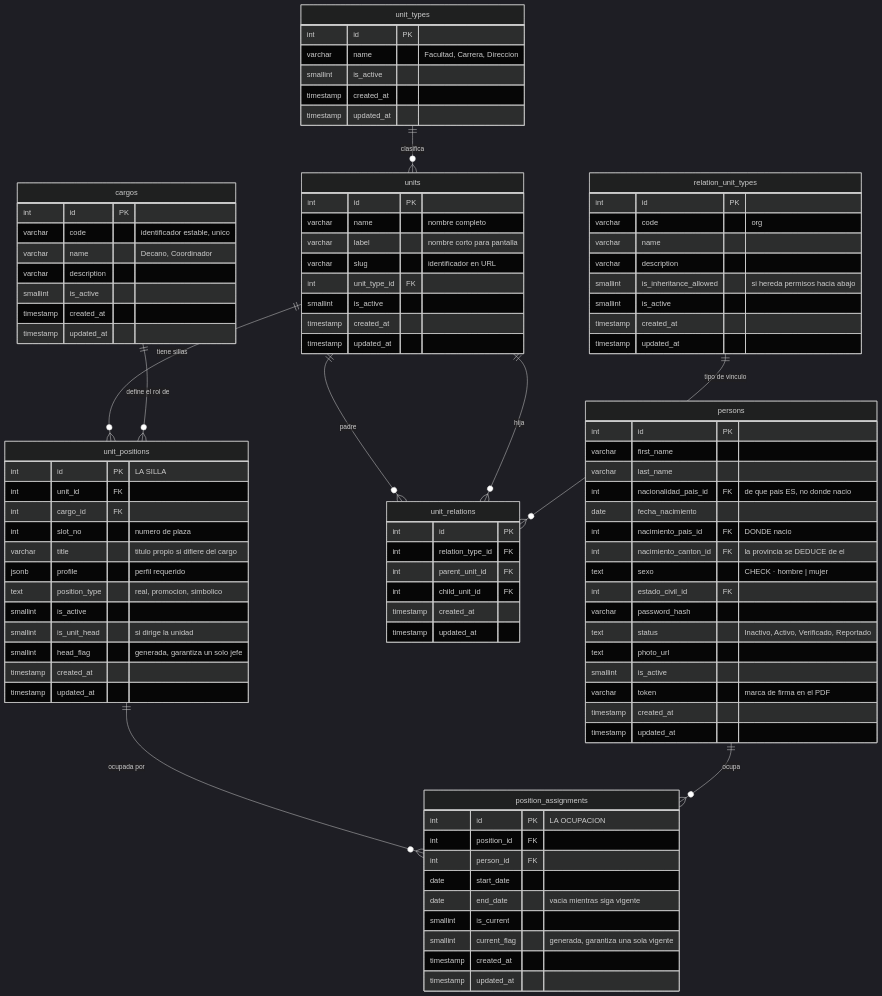
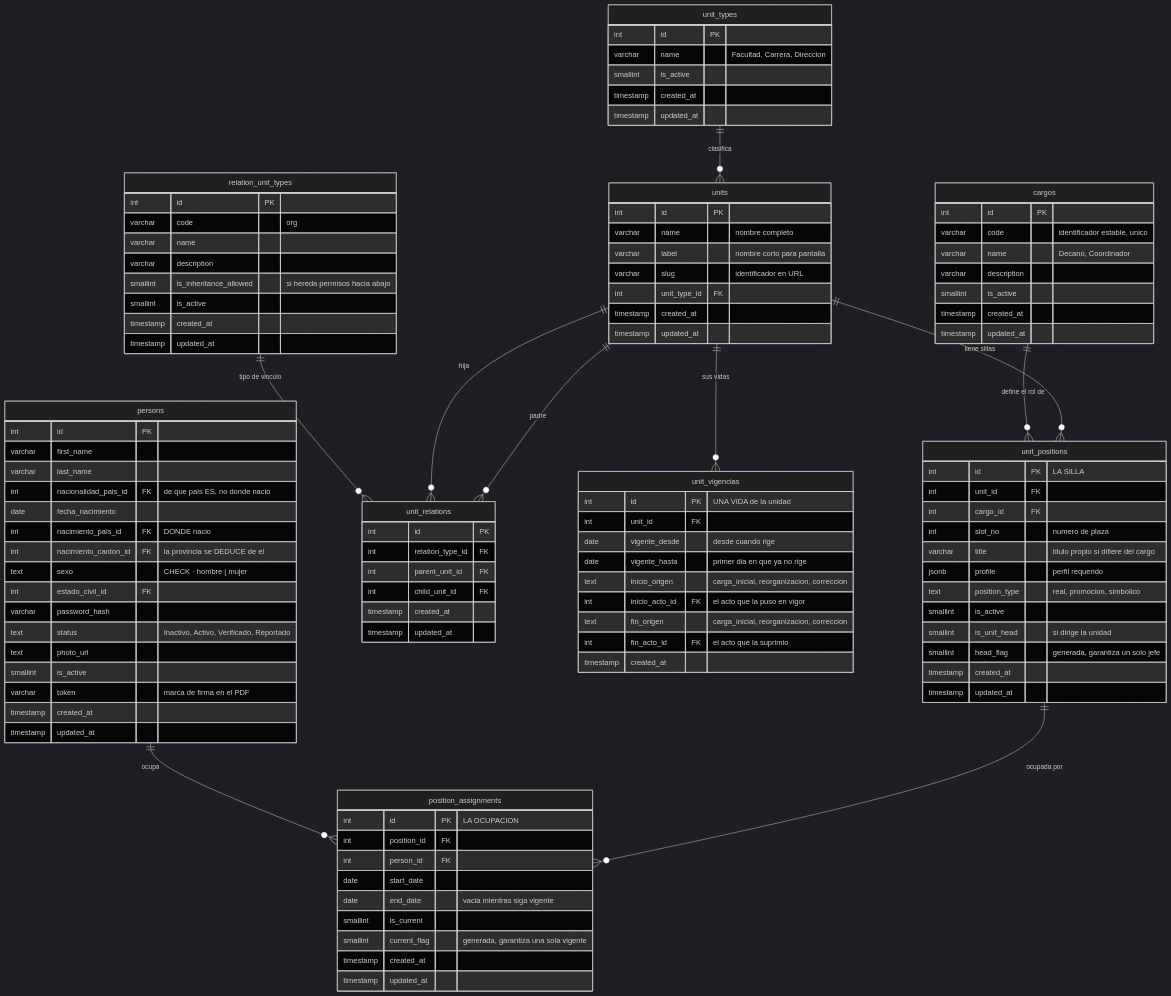
Before and after one commit to fresvel/deasy: the fourth of 4 diagrams in docs/src/content/docs/modelo/organizacion.md, drawn with Mermaid (dark theme). The commit also changed other lines of this file and 42 other files, not shown here.

First line of the commit message:
feat(modelo): una unidad tiene vidas, y el organigrama sigue el patrón del mapa de procesos

```diff
--- a/docs/src/content/docs/modelo/organizacion.md
+++ b/docs/src/content/docs/modelo/organizacion.md
@@ -810,6 +824,7 @@
   cargos ||--o{ unit_positions : "define el rol de"
   units ||--o{ unit_relations : "padre"
   units ||--o{ unit_relations : "hija"
+  units ||--o{ unit_vigencias : "sus vidas"
   relation_unit_types ||--o{ unit_relations : "tipo de vinculo"
   unit_positions ||--o{ position_assignments : "ocupada por"
   persons ||--o{ position_assignments : "ocupa"
@@ -827,9 +842,19 @@
     varchar label "nombre corto para pantalla"
     varchar slug "identificador en URL"
     int unit_type_id FK
-    smallint is_active
     timestamp created_at
     timestamp updated_at
+  }
+  unit_vigencias {
+    int id PK "UNA VIDA de la unidad"
+    int unit_id FK
+    date vigente_desde "desde cuando rige"
+    date vigente_hasta "primer dia en que ya no rige"
+    text inicio_origen "carga_inicial, reorganizacion, correccion"
+    int inicio_acto_id FK "el acto que la puso en vigor"
+    text fin_origen "carga_inicial, reorganizacion, correccion"
+    int fin_acto_id FK "el acto que la suprimio"
+    timestamp created_at
   }
   relation_unit_types {
     int id PK
```
